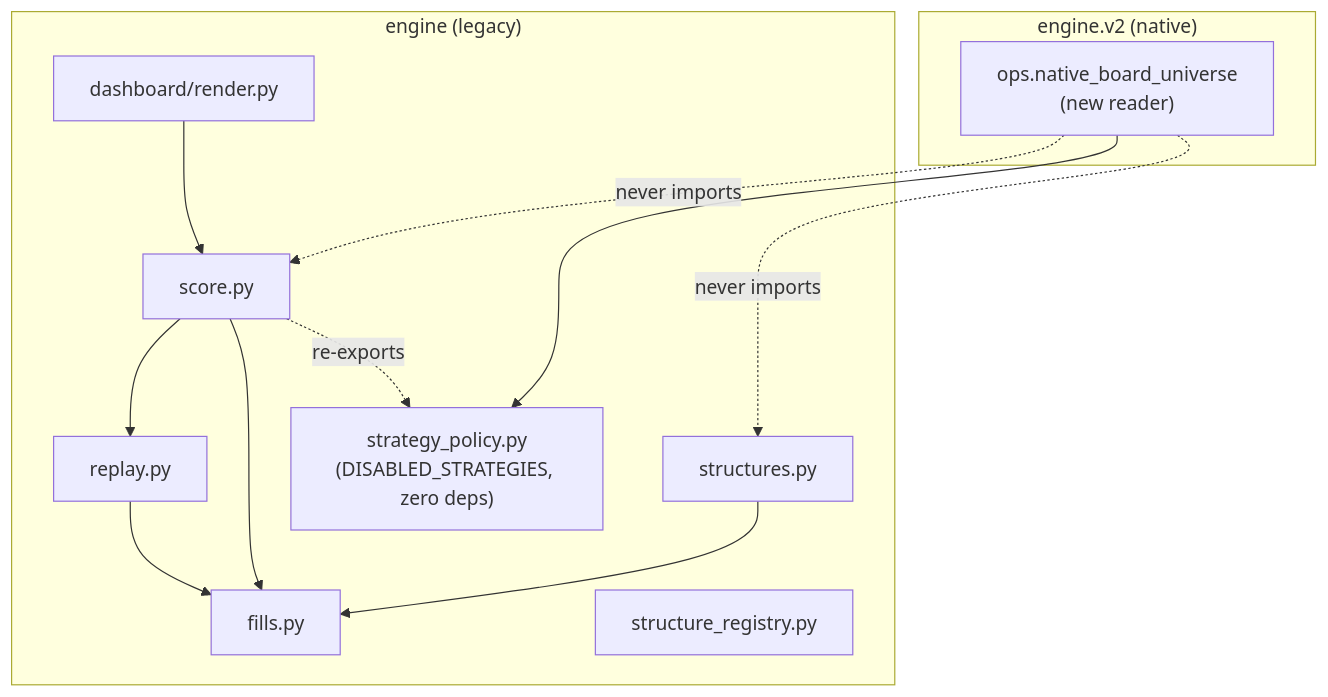
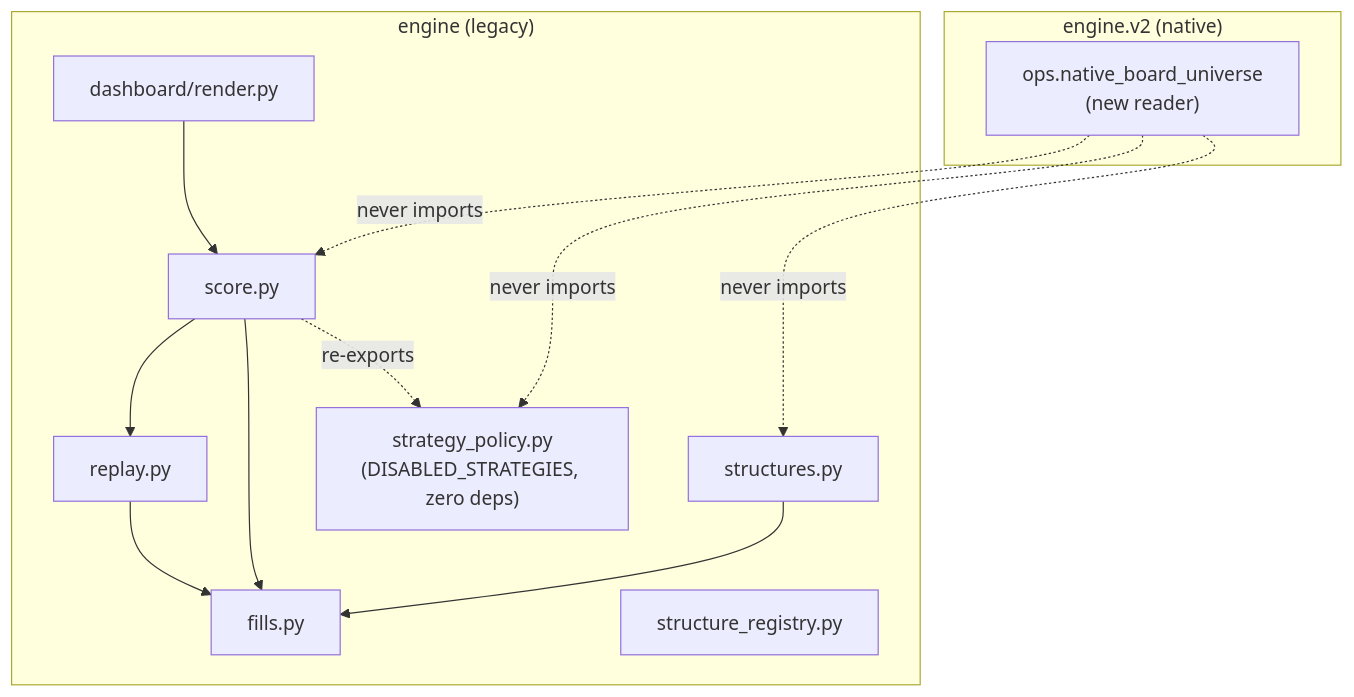
The diagram in engine/ARCHITECTURE.md (yshewchuk/investment-validation), drawn with Mermaid before and after one commit. The commit also changed 3 other files, not shown here.

````diff
--- a/engine/ARCHITECTURE.md
+++ b/engine/ARCHITECTURE.md
@@ -130,18 +130,18 @@
 ```mermaid
 flowchart TB
     subgraph legacy["engine (legacy)"]
         score[score.py] --> replay[replay.py] --> fills[fills.py]
         score --> fills
         structures[structures.py] --> fills
         registry[structure_registry.py]
         dashboard["dashboard/render.py"] --> score
         sp["strategy_policy.py\n(DISABLED_STRATEGIES, zero deps)"]
         score -. re-exports .-> sp
     end
     subgraph v2["engine.v2 (native)"]
         nbu["ops.native_board_universe\n(new reader)"]
     end
-    nbu --> sp
+    nbu -.->|"never imports"| sp
     nbu -.->|"never imports"| score
     nbu -.->|"never imports"| structures
 ```
````
